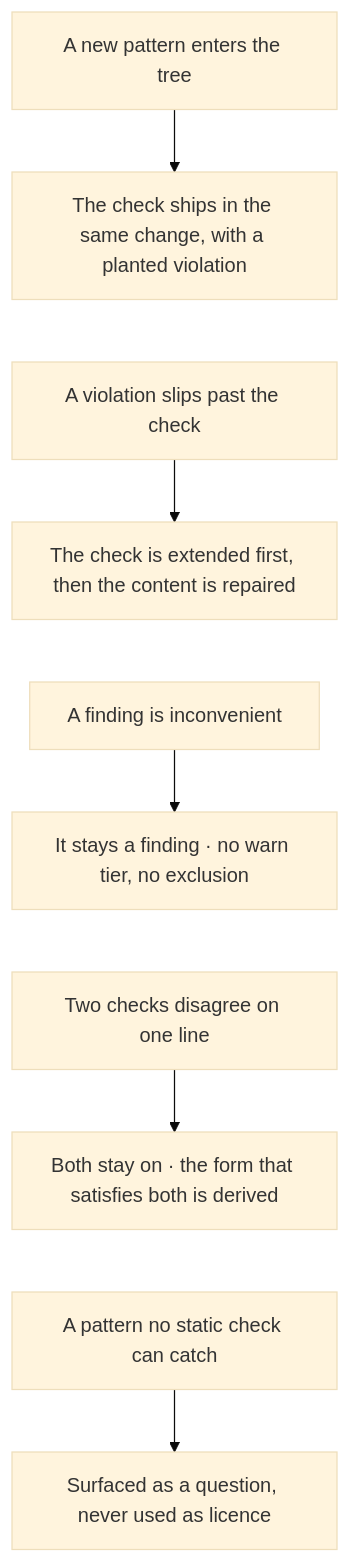
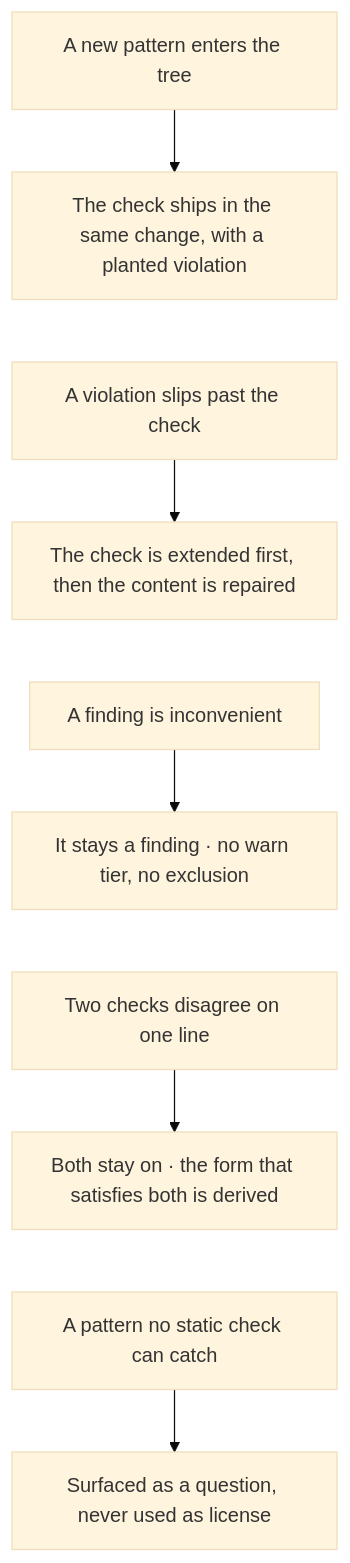
Before and after one commit to Varietyz/Disciplined-AI-Software-Development: the second of 16 diagrams in BUILD.md, drawn with Mermaid (base theme). The commit also changed other lines of this file and 25 other files, not shown here.

````diff
--- a/BUILD.md
+++ b/BUILD.md
@@ -82,22 +76,22 @@
 ```mermaid
 flowchart TB
 pattern["A new pattern enters the tree"]
 ships["The check ships in the same change, with a planted violation"]
 slips["A violation slips past the check"]
 appended["The check is extended first, then the content is repaired"]
 inconvenient["A finding is inconvenient"]
 stays["It stays a finding · no warn tier, no exclusion"]
 disagree["Two checks disagree on one line"]
 derived["Both stay on · the form that satisfies both is derived"]
 uncheckable["A pattern no static check can catch"]
-surfaced["Surfaced as a question, never used as licence"]
+surfaced["Surfaced as a question, never used as license"]
 pattern --> ships
 slips --> appended
 inconvenient --> stays
 disagree --> derived
 uncheckable --> surfaced
 ships ~~~ slips
 appended ~~~ inconvenient
 stays ~~~ disagree
 derived ~~~ uncheckable
 ```
````
